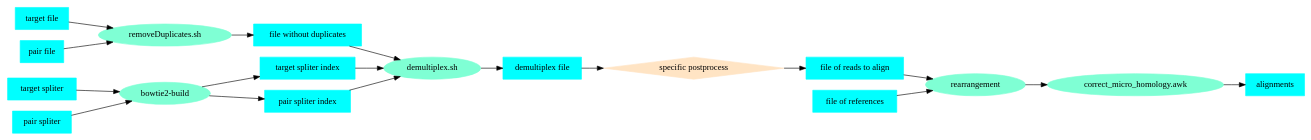
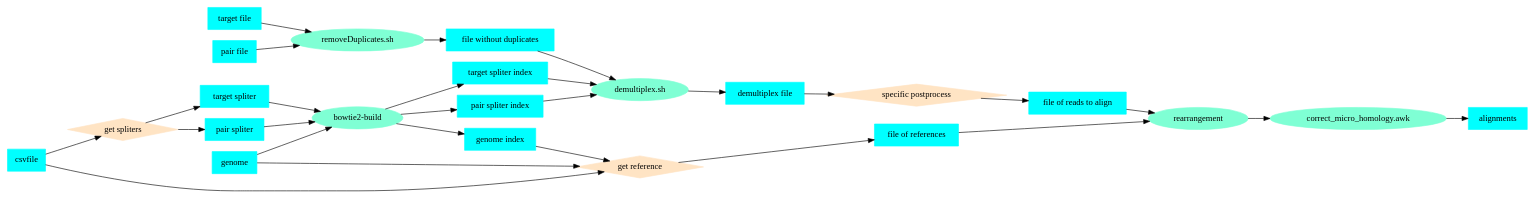
Before and after one commit to ljw20180420/rearr: the diagram in flask_project/vue_project/src/assets/images/projectLogic.gv, drawn with Graphviz. The commit also changed 12 other files, not shown here.

Commit message:
Web VueFlow app now can extract spliter. Add ext1up, ext1down, ext2up, ext2down setting to rearrTest.sh Complete the workflow diagram in Web app. loginWorker.sh now ask for genome and index path at the first start-up. And it also require a dataPath.

```diff
--- a/flask_project/vue_project/src/assets/images/projectLogic.gv
+++ b/flask_project/vue_project/src/assets/images/projectLogic.gv
@@ -1,29 +1,40 @@
 # export by: dot -Tpng -o projectLogic.png projectLogic.gv
 
 digraph projectLogic
 {
     graph [layout=dot, rankdir="LR"]
 
     node [style=filled, shape=box, color=aqua]
     targetFile [label="target file"]
     pairedFile [label="pair file"]
     removeDup [label="removeDuplicates.sh", shape=ellipse, color=aquamarine]
     nonDupFile [label="file without duplicates"]
+
+    csvFile [label="csvfile"]
+    getSpliters [label="get spliters", shape=diamond, color=bisque]
     targetSpliter [label="target spliter"]
     pairSpliter [label="pair spliter"]
     bowtie2build [label="bowtie2-build", shape=ellipse, color=aquamarine]
     targetSpliterIndex [label="target spliter index"]
     pairSpliterIndex [label="pair spliter index"]
+
     demultiplex [label="demultiplex.sh", shape=ellipse, color=aquamarine]
     demultiplexFile [label="demultiplex file"]
     specificPostprocess [label="specific postprocess", shape=diamond, color=bisque]
     postFile [label="file of reads to align"]
+
+    genome [label="genome"]
+    genomeIndex [label="genome index"]
+    getReference [label="get reference", shape=diamond, color=bisque]
+
     refFile [label="file of references"]
     rearrangement [label="rearrangement", shape=ellipse, color=aquamarine]
     correct [label="correct_micro_homology.awk", shape=ellipse, color=aquamarine]
     algFile [label="alignments"]
 
     {targetFile, pairedFile} -> removeDup -> nonDupFile -> demultiplex -> demultiplexFile -> specificPostprocess -> postFile
-    {targetSpliter, pairSpliter} -> bowtie2build -> {targetSpliterIndex, pairSpliterIndex} -> demultiplex
+    csvFile -> getSpliters -> {targetSpliter, pairSpliter} -> bowtie2build -> {targetSpliterIndex, pairSpliterIndex} -> demultiplex
     {postFile, refFile} -> rearrangement -> correct -> algFile
+    genome -> bowtie2build -> genomeIndex -> getReference -> refFile
+    {csvFile, genome} -> getReference
 }
```
